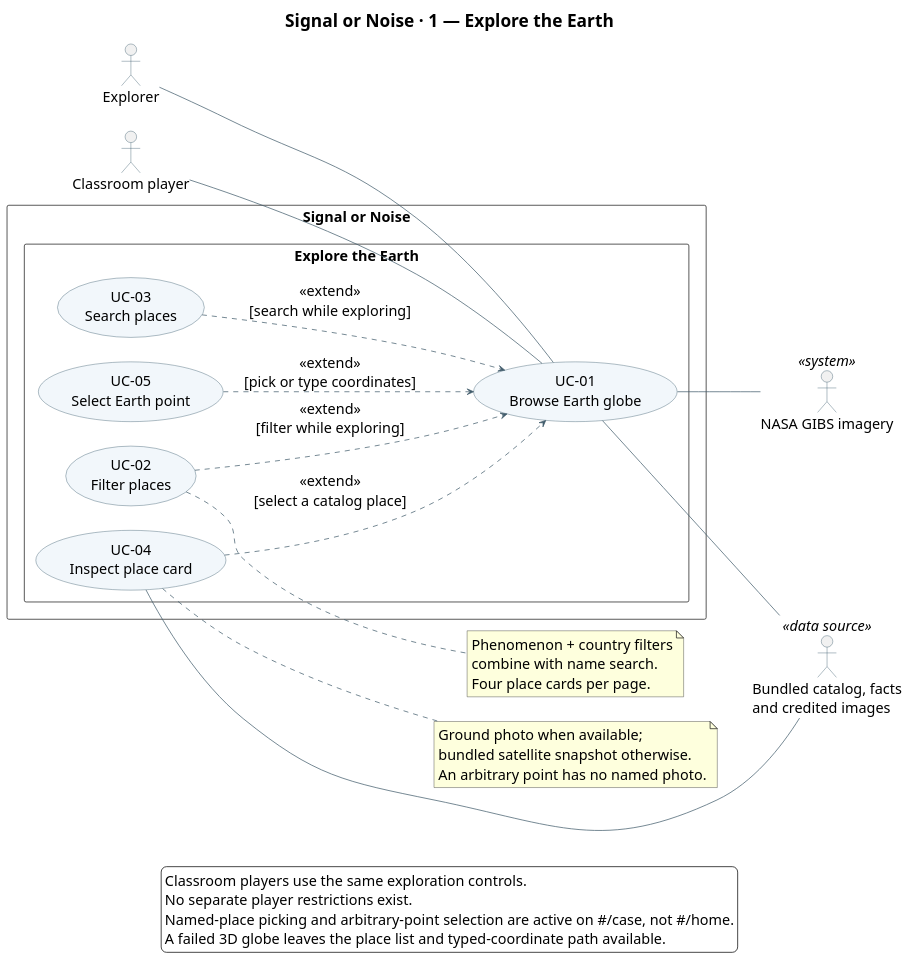
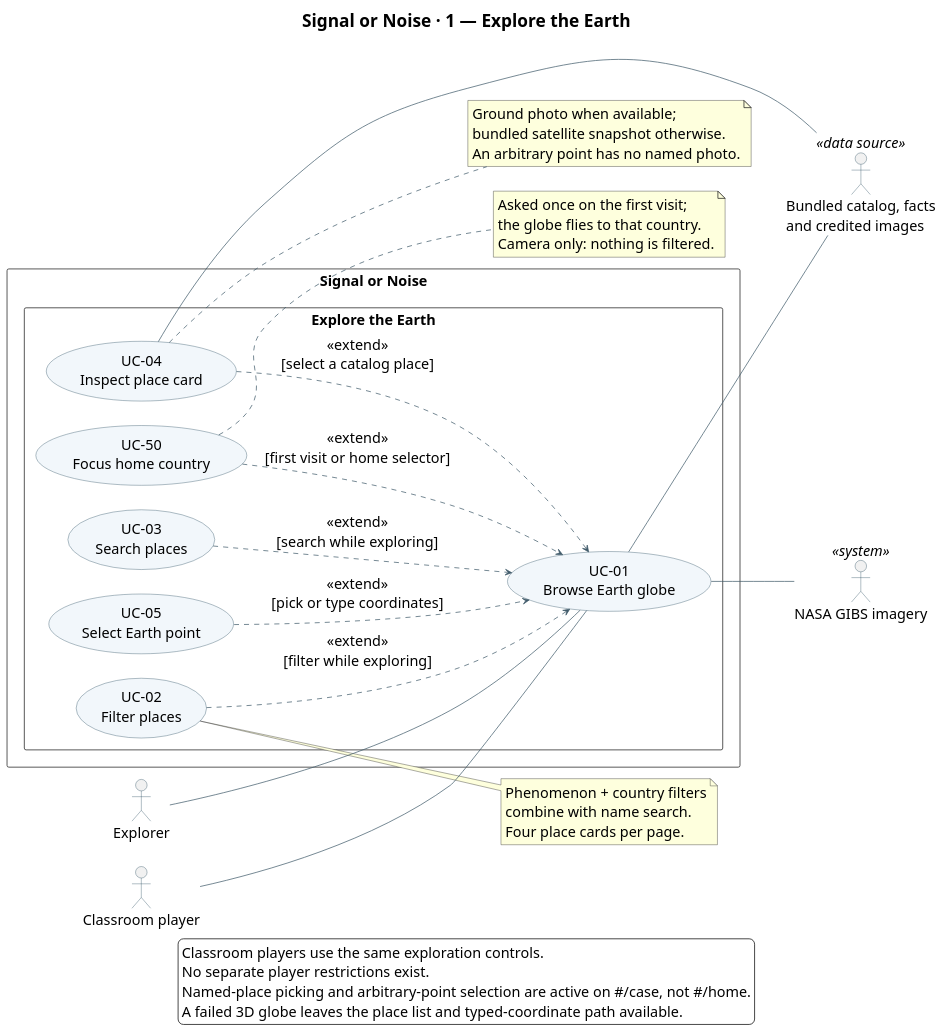
The diagram in docs/diagrams/01_explore_earth.puml (ThatGust/NASA-glaciers-2026-detective), drawn with PlantUML before and after one commit. The commit also changed 10 other files, not shown here.

Commit message:
Diagramas de casos de uso: idiomas, pais inicial, panel de autor y aula con Firebase

```diff
--- a/docs/diagrams/01_explore_earth.puml
+++ b/docs/diagrams/01_explore_earth.puml
@@ -1,60 +1,67 @@
 @startuml
 left to right direction
 skinparam backgroundColor white
 skinparam shadowing false
 skinparam defaultFontName SansSerif
 skinparam defaultFontSize 20
 skinparam ActorStereotypeFontSize 20
 skinparam UsecaseStereotypeFontSize 20
 skinparam TitleFontSize 24
 skinparam ArrowFontSize 20
 skinparam NoteFontSize 20
 skinparam LegendFontSize 20
 skinparam packageStyle rectangle
 skinparam usecaseBackgroundColor #F2F7FB
 skinparam usecaseBorderColor #23475B
 skinparam actorBorderColor #23475B
 skinparam ArrowColor #405B6B
 skinparam nodesep 34
 skinparam ranksep 48
 title Signal or Noise · 1 — Explore the Earth
 
 actor Explorer as E
 actor "Classroom player" as P
 actor "NASA GIBS imagery" as IMG <<system>>
 actor "Bundled catalog, facts\nand credited images" as DATA <<data source>>
 rectangle "Signal or Noise" {
   package "Explore the Earth" {
     usecase "UC-01\nBrowse Earth globe" as U1
     usecase "UC-02\nFilter places" as U2
     usecase "UC-03\nSearch places" as U3
     usecase "UC-04\nInspect place card" as U4
     usecase "UC-05\nSelect Earth point" as U5
+    usecase "UC-50\nFocus home country" as U50
   }
 }
 E -- U1
 P -- U1
 U2 ..> U1 : <<extend>>\n[filter while exploring]
 U3 ..> U1 : <<extend>>\n[search while exploring]
 U4 ..> U1 : <<extend>>\n[select a catalog place]
 U5 ..> U1 : <<extend>>\n[pick or type coordinates]
+U50 ..> U1 : <<extend>>\n[first visit or home selector]
 U1 -- IMG
 U1 -- DATA
 U4 -- DATA
 note right of U2
   Phenomenon + country filters
   combine with name search.
   Four place cards per page.
+end note
+note right of U50
+  Asked once on the first visit;
+  the globe flies to that country.
+  Camera only: nothing is filtered.
 end note
 note right of U4
   Ground photo when available;
   bundled satellite snapshot otherwise.
   An arbitrary point has no named photo.
 end note
 legend bottom
   Classroom players use the same exploration controls.
   No separate player restrictions exist.
   Named-place picking and arbitrary-point selection are active on #/case, not #/home.
   A failed 3D globe leaves the place list and typed-coordinate path available.
 endlegend
 @enduml
```
